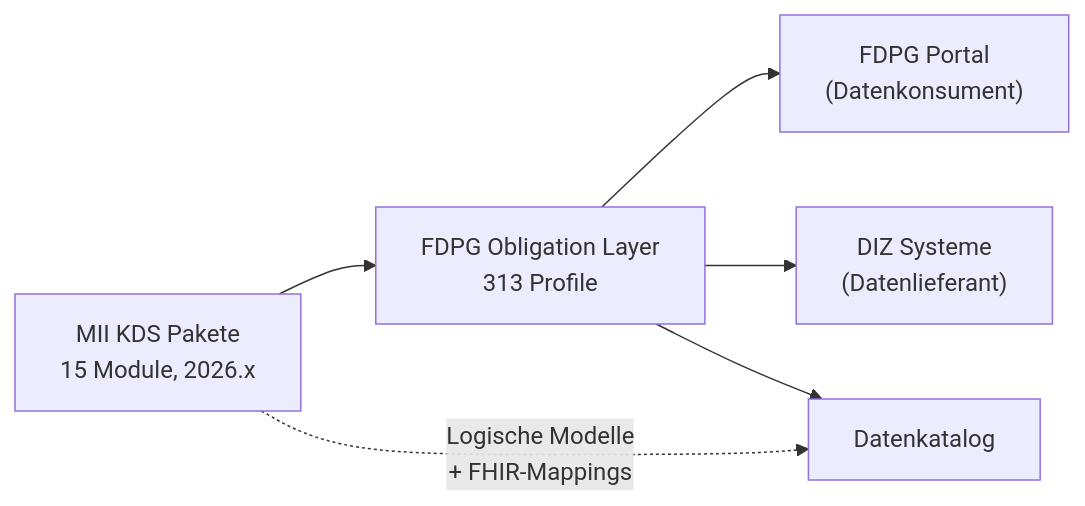
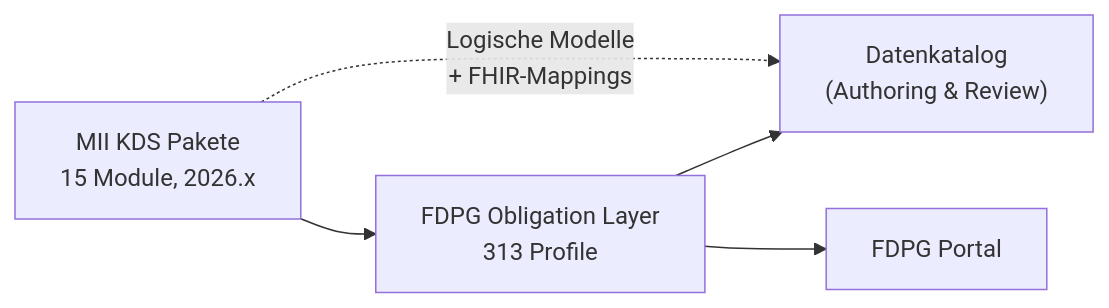
One commit to medizininformatik-initiative/kds-fdpg-layer changed the first of 2 diagrams in reports/modulsprecher-report.md. Above: the diagram before and after it, drawn with Mermaid. The commit also changed other lines of this file and 2 other files, not shown here.

````diff
--- a/reports/modulsprecher-report.md
+++ b/reports/modulsprecher-report.md
@@ -25,8 +24,7 @@
 ```mermaid
 graph LR
   KDS["MII KDS Pakete<br/>15 Module, 2026.x"] --> FDPG["FDPG Obligation Layer<br/>313 Profile"]
-  FDPG --> Portal["FDPG Portal<br/>(Datenkonsument)"]
-  FDPG --> DIZ["DIZ Systeme<br/>(Datenlieferant)"]
-  KDS -.->|"Logische Modelle<br/>+ FHIR-Mappings"| DK["Datenkatalog"]
-  FDPG --> DK
+  FDPG --> DK["Datenkatalog<br/>(Authoring & Review)"]
+  KDS -.->|"Logische Modelle<br/>+ FHIR-Mappings"| DK
+  FDPG --> Portal["FDPG Portal"]
 ```
````
